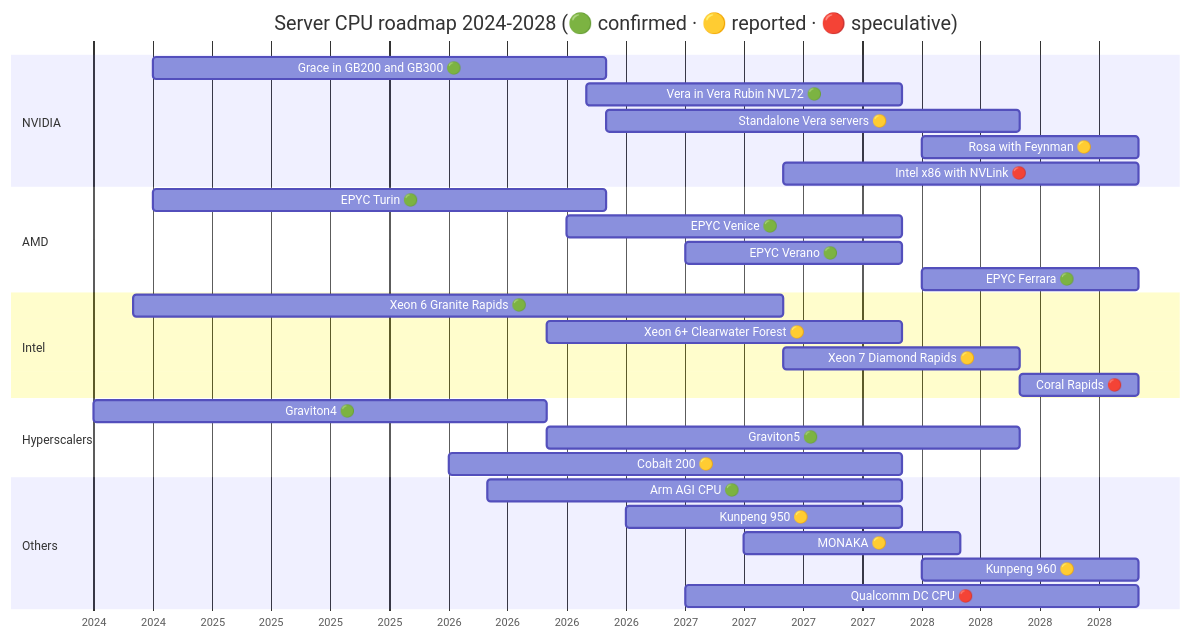
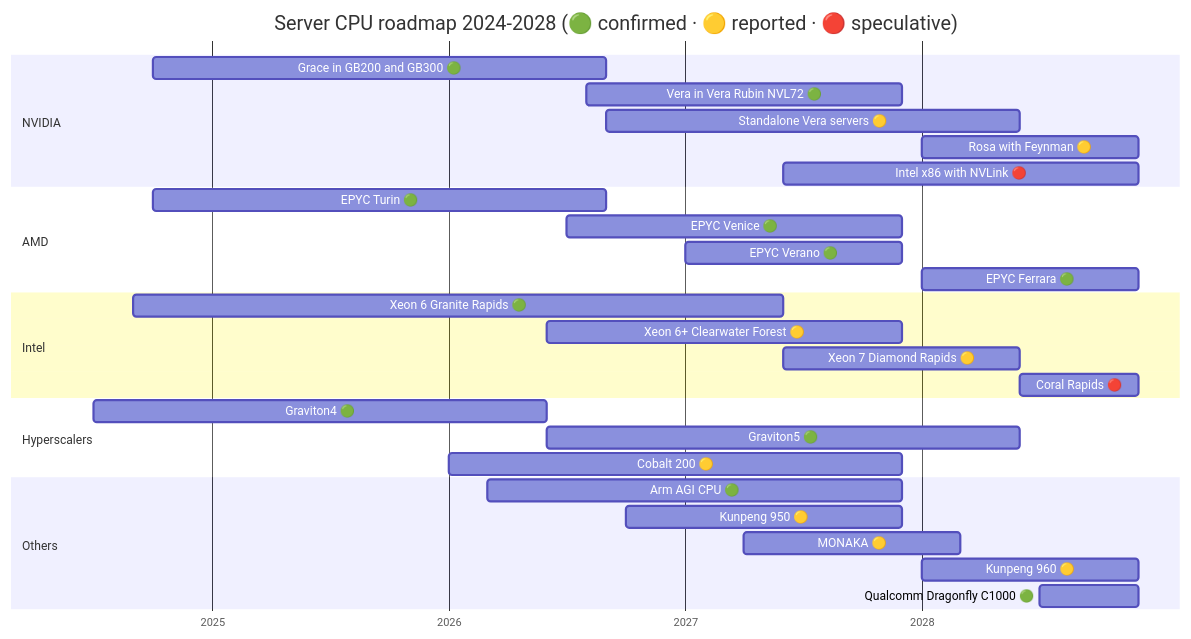
The diagram in layers/04-cpu-grace-vera/roadmap.md (FrankHuang94/nvidia_deep_dive_claude), drawn with Mermaid before and after one commit. The commit also changed other lines of this file and 100 other files, not shown here.

````diff
--- a/layers/04-cpu-grace-vera/roadmap.md
+++ b/layers/04-cpu-grace-vera/roadmap.md
@@ -16,32 +16,33 @@
 ```mermaid
 gantt
     title Server CPU roadmap 2024-2028 (🟢 confirmed · 🟡 reported · 🔴 speculative)
     dateFormat YYYY-MM
     axisFormat %Y
+    tickInterval 12month
     section NVIDIA
     Grace in GB200 and GB300 🟢        :2024-10, 2026-09
     Vera in Vera Rubin NVL72 🟢        :2026-08, 2027-12
     Standalone Vera servers 🟡         :2026-09, 2028-06
     Rosa with Feynman 🟡               :2028-01, 2028-12
     Intel x86 with NVLink 🔴           :2027-06, 2028-12
     section AMD
     EPYC Turin 🟢                      :2024-10, 2026-09
     EPYC Venice 🟢                     :2026-07, 2027-12
     EPYC Verano 🟢                     :2027-01, 2027-12
     EPYC Ferrara 🟢                    :2028-01, 2028-12
     section Intel
     Xeon 6 Granite Rapids 🟢           :2024-09, 2027-06
     Xeon 6+ Clearwater Forest 🟡       :2026-06, 2027-12
     Xeon 7 Diamond Rapids 🟡           :2027-06, 2028-06
     Coral Rapids 🔴                    :2028-06, 2028-12
     section Hyperscalers
     Graviton4 🟢                       :2024-07, 2026-06
     Graviton5 🟢                       :2026-06, 2028-06
     Cobalt 200 🟡                      :2026-01, 2027-12
     section Others
     Arm AGI CPU 🟢                     :2026-03, 2027-12
     Kunpeng 950 🟡                     :2026-10, 2027-12
     MONAKA 🟡                          :2027-04, 2028-03
     Kunpeng 960 🟡                     :2028-01, 2028-12
-    Qualcomm DC CPU 🔴                 :2027-01, 2028-12
+    Qualcomm Dragonfly C1000 🟢        :2028-07, 2028-12
 ```
````
